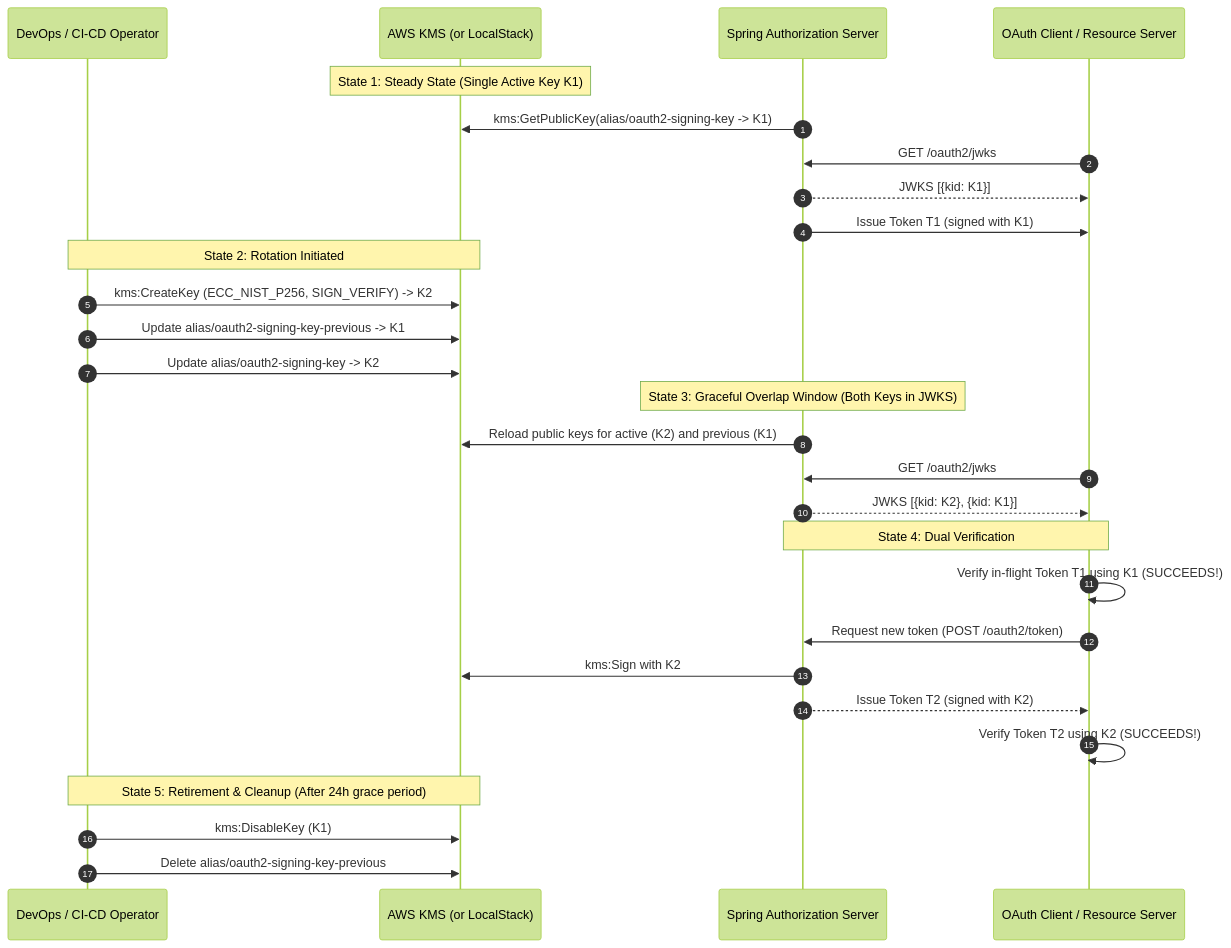
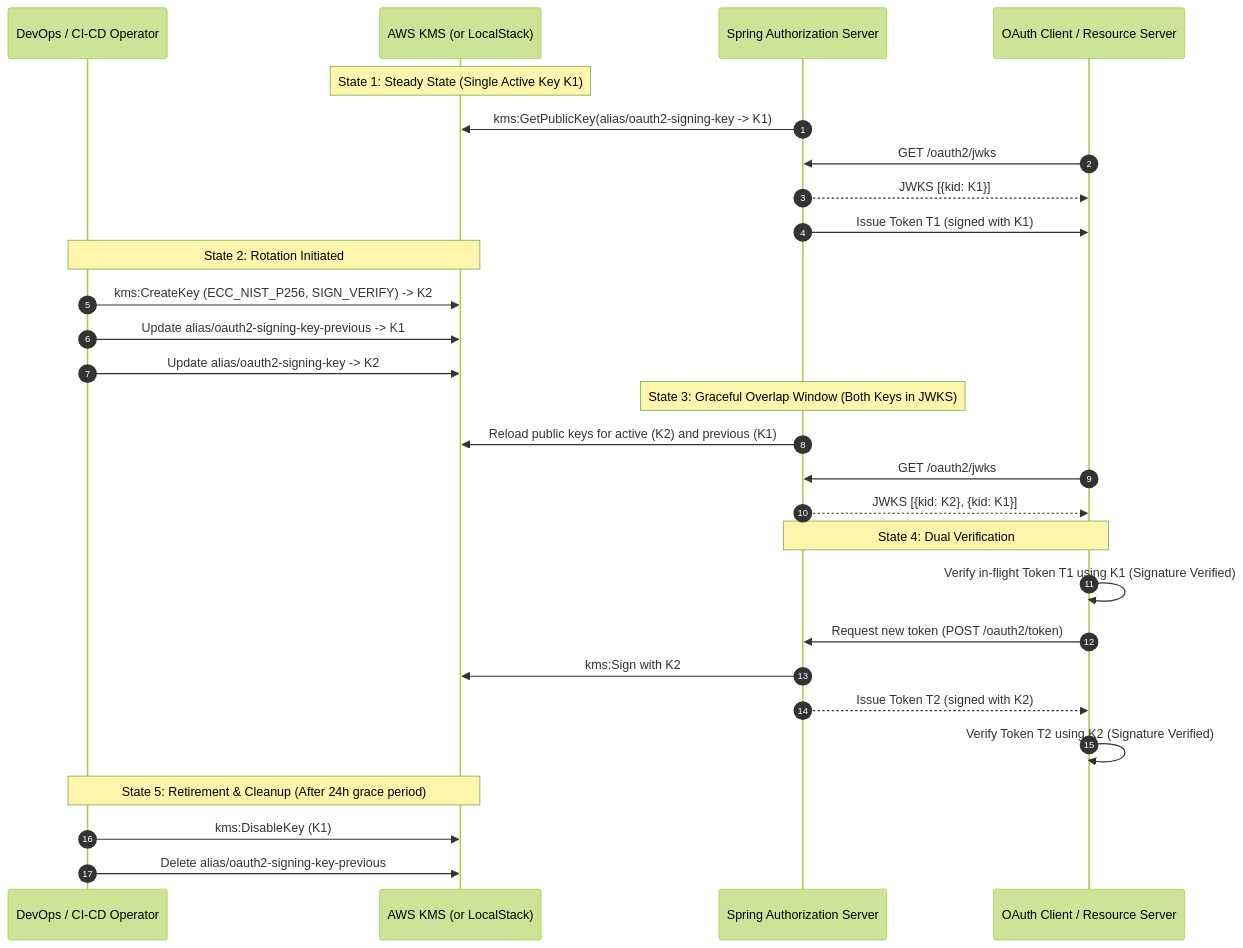
One commit to shoeyn/oauth-server changed the second of 3 diagrams in docs/architecture/kms_multi_key_rotation_flow.md. Above: the diagram before and after it, drawn with Mermaid (forest theme). The commit also changed other lines of this file and 16 other files, not shown here.

````diff
--- a/docs/architecture/kms_multi_key_rotation_flow.md
+++ b/docs/architecture/kms_multi_key_rotation_flow.md
@@ -44,35 +44,35 @@
 ```mermaid
 sequenceDiagram
     autonumber
     participant Admin as DevOps / CI-CD Operator
     participant KMS as AWS KMS (or LocalStack)
     participant Spring as Spring Authorization Server
     participant Client as OAuth Client / Resource Server
 
     Note over KMS: State 1: Steady State (Single Active Key K1)
     Spring->>KMS: kms:GetPublicKey(alias/oauth2-signing-key -> K1)
     Client->>Spring: GET /oauth2/jwks
     Spring-->>Client: JWKS [{kid: K1}]
     Spring->>Client: Issue Token T1 (signed with K1)
 
     Note over Admin,KMS: State 2: Rotation Initiated
     Admin->>KMS: kms:CreateKey (ECC_NIST_P256, SIGN_VERIFY) -> K2
     Admin->>KMS: Update alias/oauth2-signing-key-previous -> K1
     Admin->>KMS: Update alias/oauth2-signing-key -> K2
 
     Note over Spring: State 3: Graceful Overlap Window (Both Keys in JWKS)
     Spring->>KMS: Reload public keys for active (K2) and previous (K1)
     Client->>Spring: GET /oauth2/jwks
     Spring-->>Client: JWKS [{kid: K2}, {kid: K1}]
 
     Note over Client,Spring: State 4: Dual Verification
-    Client->>Client: Verify in-flight Token T1 using K1 (SUCCEEDS!)
+    Client->>Client: Verify in-flight Token T1 using K1 (Signature Verified)
     Client->>Spring: Request new token (POST /oauth2/token)
     Spring->>KMS: kms:Sign with K2
     Spring-->>Client: Issue Token T2 (signed with K2)
-    Client->>Client: Verify Token T2 using K2 (SUCCEEDS!)
+    Client->>Client: Verify Token T2 using K2 (Signature Verified)
 
     Note over Admin,KMS: State 5: Retirement & Cleanup (After 24h grace period)
     Admin->>KMS: kms:DisableKey (K1)
     Admin->>KMS: Delete alias/oauth2-signing-key-previous
 ```
````
